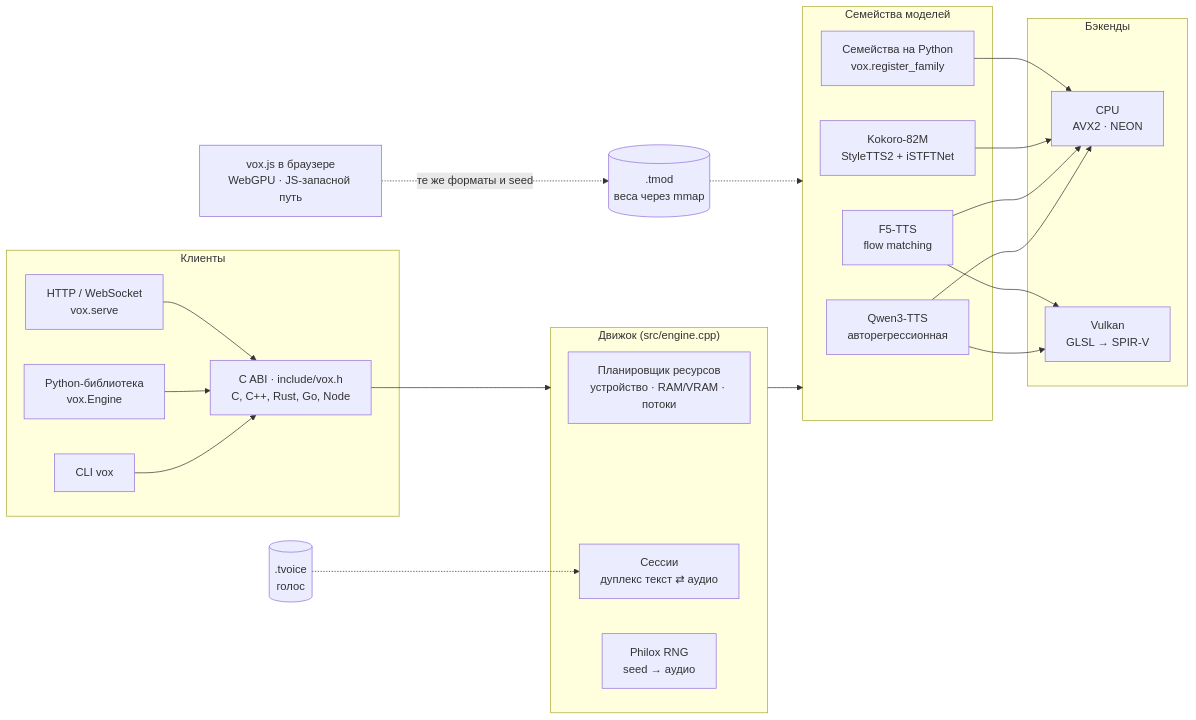
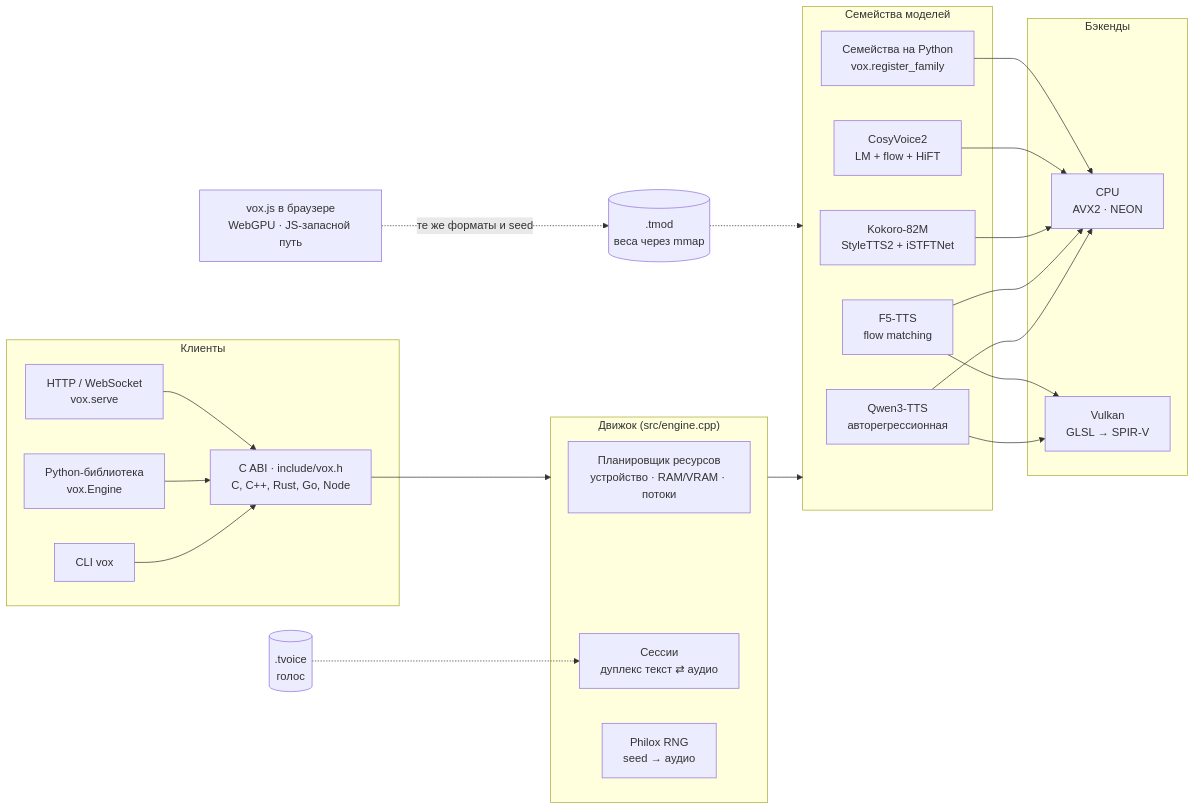
One commit to dariumi/Vox changed the first of 9 diagrams in README.ru.md. Above: the diagram before and after it, drawn with Mermaid. The commit also changed other lines of this file and 100 other files, not shown here.

````diff
--- a/README.ru.md
+++ b/README.ru.md
@@ -41,33 +42,34 @@
 ```mermaid
 flowchart LR
     subgraph clients["Клиенты"]
         CLI["CLI vox"]
         PY["Python-библиотека<br/>vox.Engine"]
         SRV["HTTP / WebSocket<br/>vox.serve"]
         ABI["C ABI · include/vox.h<br/>C, C++, Rust, Go, Node"]
     end
     subgraph engine["Движок (src/engine.cpp)"]
         RES["Планировщик ресурсов<br/>устройство · RAM/VRAM · потоки"]
         SES["Сессии<br/>дуплекс текст ⇄ аудио"]
         RNG["Philox RNG<br/>seed → аудио"]
     end
     subgraph fam["Семейства моделей"]
         Q["Qwen3-TTS<br/>авторегрессионная"]
         F["F5-TTS<br/>flow matching"]
         K["Kokoro-82M<br/>StyleTTS2 + iSTFTNet"]
+        C["CosyVoice2<br/>LM + flow + HiFT"]
         P["Семейства на Python<br/>vox.register_family"]
     end
     subgraph hw["Бэкенды"]
         CPU["CPU<br/>AVX2 · NEON"]
         VK["Vulkan<br/>GLSL → SPIR-V"]
     end
     TM[(".tmod<br/>веса через mmap")]
     TV[(".tvoice<br/>голос")]
     CLI & PY & SRV --> ABI --> engine
     engine --> fam
     Q & F --> CPU & VK
-    K & P --> CPU
+    K & C & P --> CPU
     TM -.-> fam
     TV -.-> SES
     JS["vox.js в браузере<br/>WebGPU · JS-запасной путь"] -.те же форматы и seed.-> TM
 ```
````
